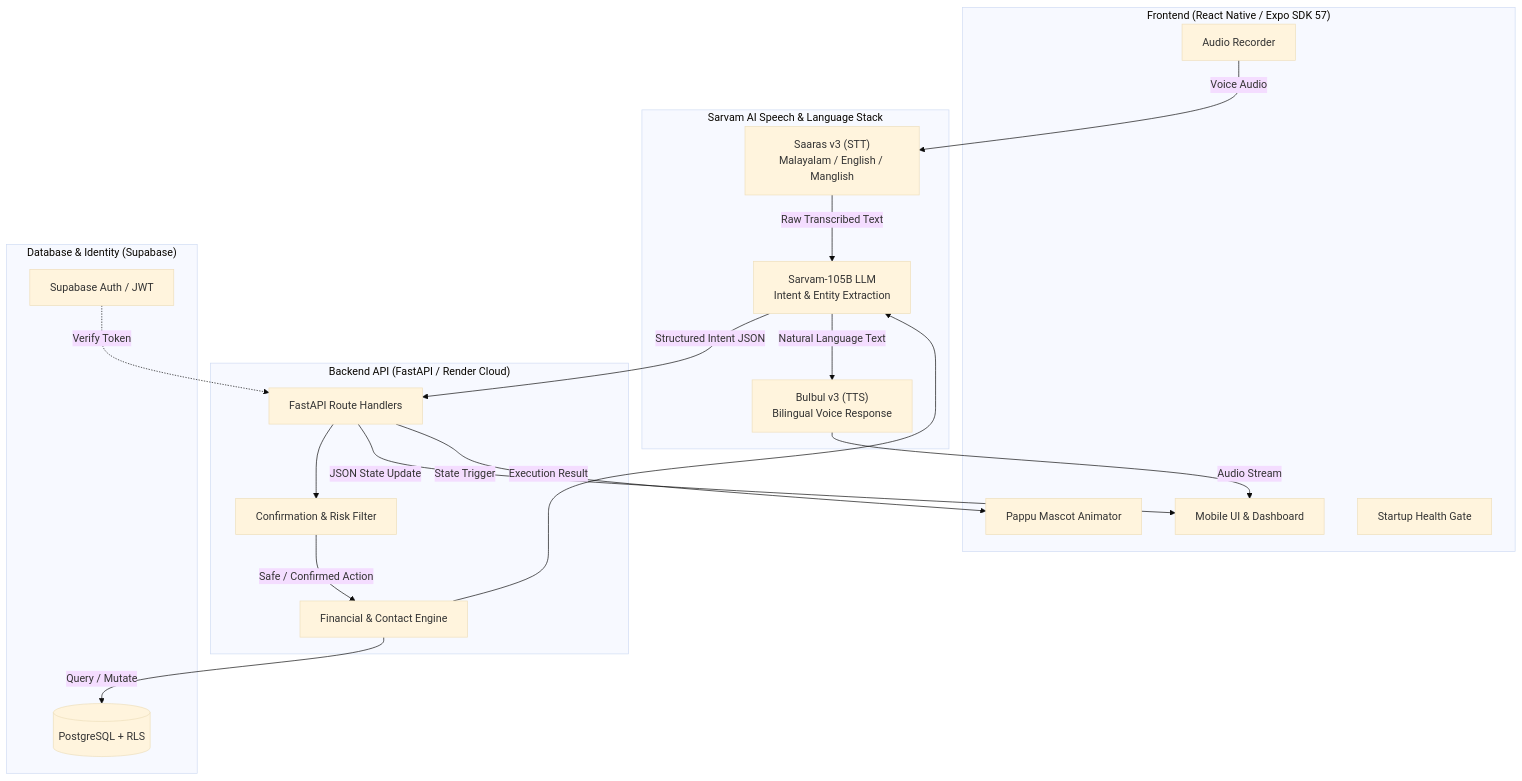
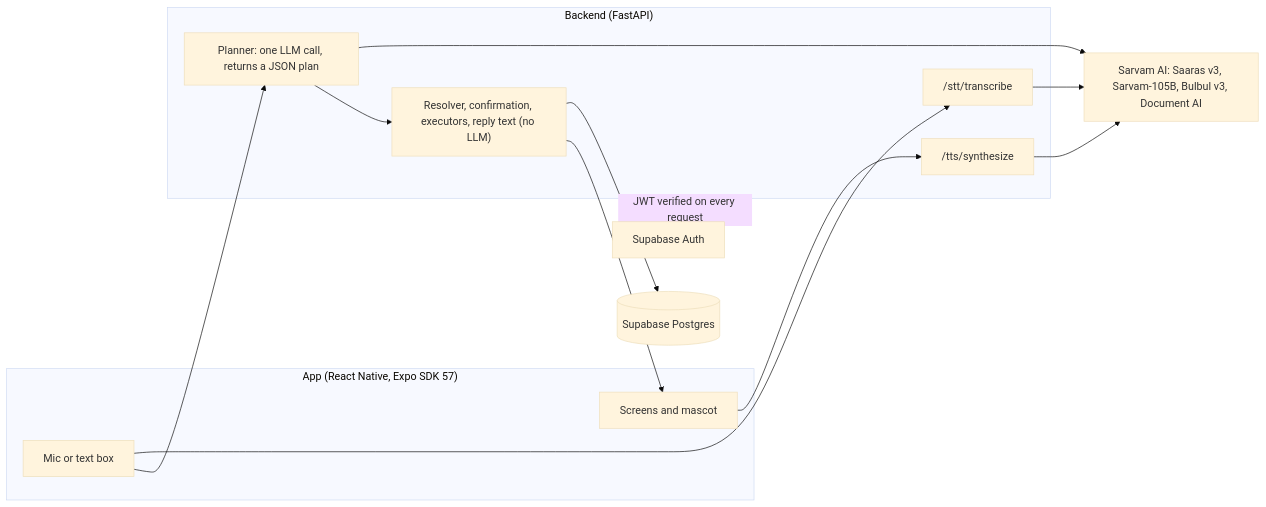
Before and after one commit to Sangeeth62880/pappu: the diagram in README.md, drawn with Mermaid (base theme). The commit also changed other lines of this file, not shown here.

````diff
--- a/README.md
+++ b/README.md
@@ -49,40 +39,23 @@
 ```mermaid
-graph TD
-    subgraph Client ["Frontend (React Native / Expo SDK 57)"]
-        UI[Mobile UI & Dashboard]
-        Mic[Audio Recorder]
-        Mascot[Pappu Mascot Animator]
-        Gate[Startup Health Gate]
+graph LR
+    subgraph App ["App (React Native, Expo SDK 57)"]
+        Mic[Mic or text box]
+        UI[Screens and mascot]
     end
+    subgraph API ["Backend (FastAPI)"]
+        STT["/stt/transcribe"]
+        Planner["Planner: one LLM call, returns a JSON plan"]
+        Code["Resolver, confirmation, executors, reply text (no LLM)"]
+        TTS["/tts/synthesize"]
+    end
+    Sarvam["Sarvam AI: Saaras v3, Sarvam-105B, Bulbul v3, Document AI"]
+    DB[(Supabase Postgres)]
+    Auth[Supabase Auth]
 
-    subgraph VoiceAI ["Sarvam AI Speech & Language Stack"]
-        STT["Saaras v3 (STT)<br/>Malayalam / English / Manglish"]
-        LLM["Sarvam-105B LLM<br/>Intent & Entity Extraction"]
-        TTS["Bulbul v3 (TTS)<br/>Bilingual Voice Response"]
-    end
-
-    subgraph Backend ["Backend API (FastAPI / Render Cloud)"]
-        Router[FastAPI Route Handlers]
-        RiskGate[Confirmation & Risk Filter]
-        Service[Financial & Contact Engine]
-    end
-
-    subgraph DataStore ["Database & Identity (Supabase)"]
-        Auth[Supabase Auth / JWT]
-        PG[(PostgreSQL + RLS)]
-    end
-
-    %% Flow
-    Mic -->|Voice Audio| STT
-    STT -->|Raw Transcribed Text| LLM
-    LLM -->|Structured Intent JSON| Router
-    Router --> RiskGate
-    RiskGate -->|Safe / Confirmed Action| Service
-    Service -->|Query / Mutate| PG
-    Auth -.->|Verify Token| Router
-    Service -->|Execution Result| LLM
-    LLM -->|Natural Language Text| TTS
-    TTS -->|Audio Stream| UI
-    Router -->|JSON State Update| UI
-    Router -->|State Trigger| Mascot
+    Mic --> STT --> Sarvam
+    Mic --> Planner --> Sarvam
+    Planner --> Code --> DB
+    Code --> UI
+    UI --> TTS --> Sarvam
+    Auth -. JWT verified on every request .-> API
 ```
````
